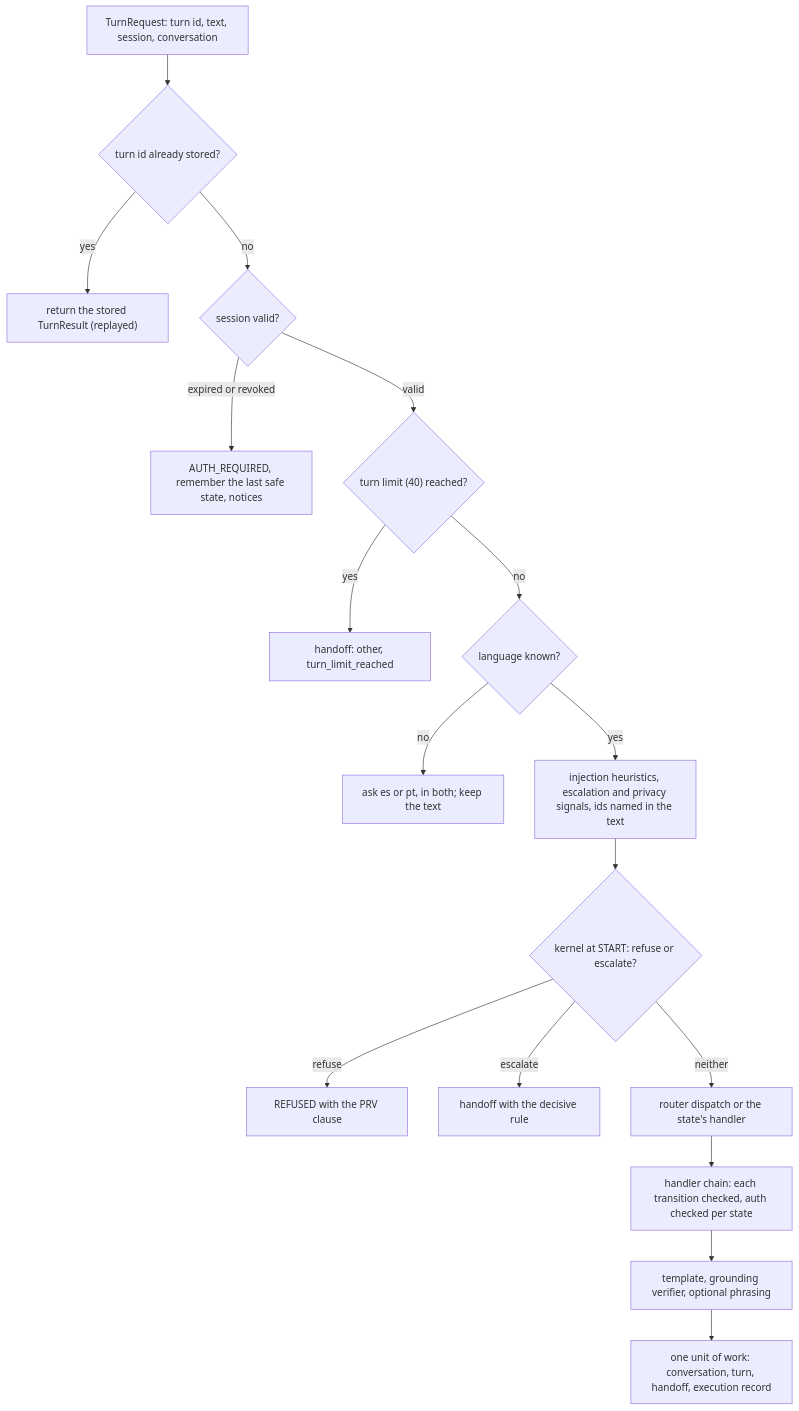
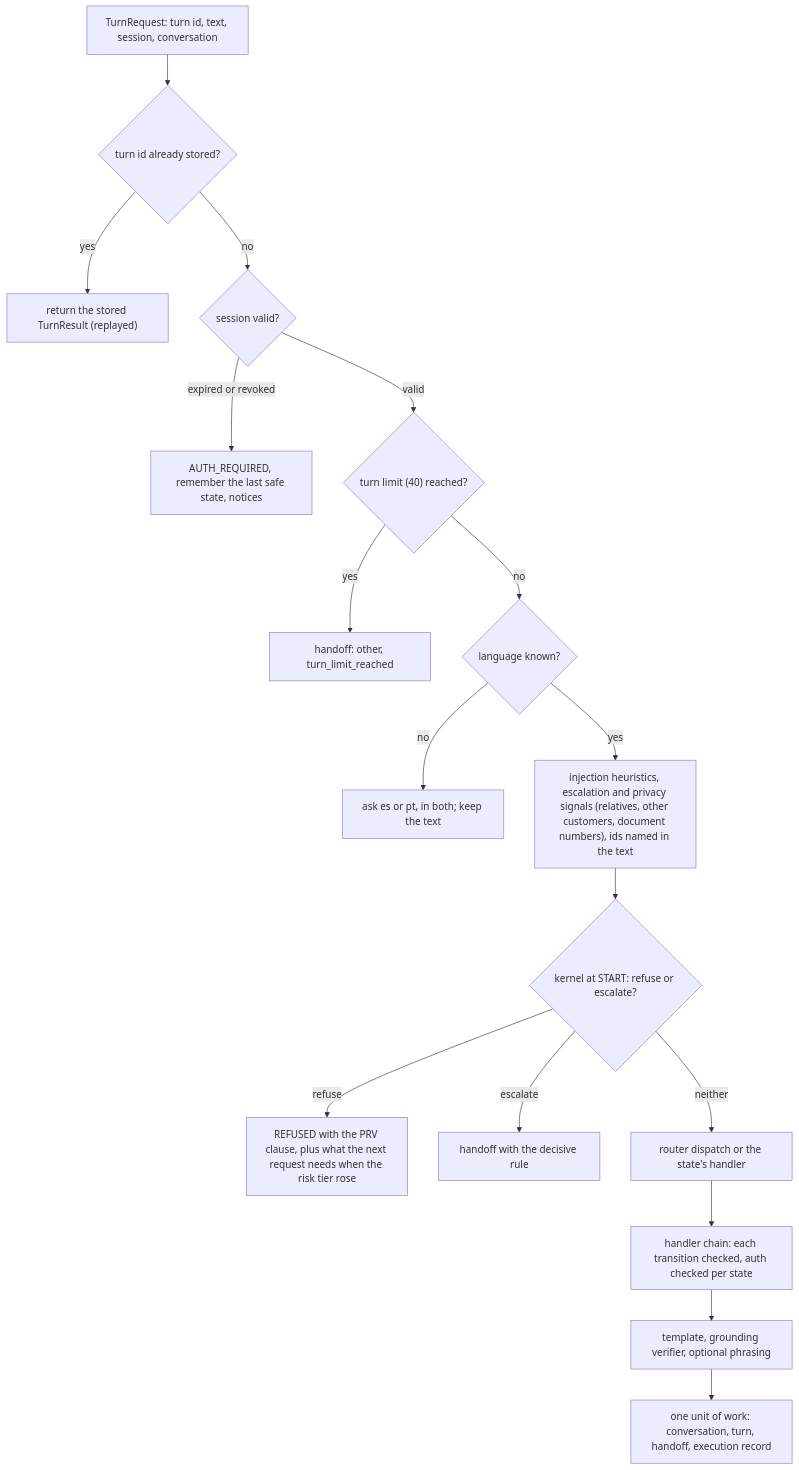
The first of 3 diagrams in docs/workflows/workflow-router.md (Youngermaster/factored-hackathon-2026-la-brasil-del-70), drawn with Mermaid before and after one commit. The commit also changed other lines of this file and 6 other files, not shown here.

````diff
--- a/docs/workflows/workflow-router.md
+++ b/docs/workflows/workflow-router.md
@@ -7,19 +7,19 @@
 ```mermaid
 flowchart TD
     request["TurnRequest: turn id, text, session, conversation"] --> replay{"turn id already stored?"}
     replay -->|"yes"| stored["return the stored TurnResult (replayed)"]
     replay -->|"no"| session{"session valid?"}
     session -->|"expired or revoked"| pause["AUTH_REQUIRED, remember the last safe state, notices"]
     session -->|"valid"| limit{"turn limit (40) reached?"}
     limit -->|"yes"| handoff1["handoff: other, turn_limit_reached"]
     limit -->|"no"| language{"language known?"}
     language -->|"no"| ask["ask es or pt, in both; keep the text"]
-    language -->|"yes"| inspect["injection heuristics, escalation and privacy signals, ids named in the text"]
+    language -->|"yes"| inspect["injection heuristics, escalation and privacy signals (relatives, other customers, document numbers), ids named in the text"]
     inspect --> gate{"kernel at START: refuse or escalate?"}
-    gate -->|"refuse"| refused["REFUSED with the PRV clause"]
+    gate -->|"refuse"| refused["REFUSED with the PRV clause, plus what the next request needs when the risk tier rose"]
     gate -->|"escalate"| handoff2["handoff with the decisive rule"]
     gate -->|"neither"| route["router dispatch or the state's handler"]
     route --> handlers["handler chain: each transition checked, auth checked per state"]
     handlers --> render["template, grounding verifier, optional phrasing"]
     render --> commit["one unit of work: conversation, turn, handoff, execution record"]
 ```
````
